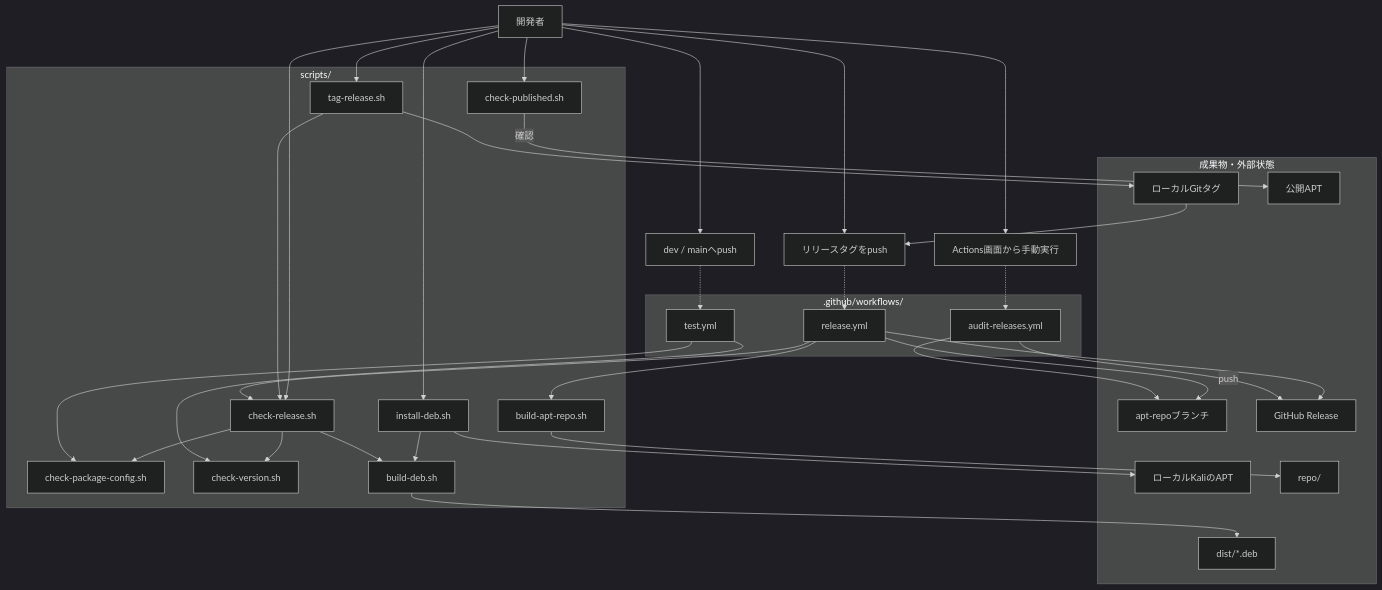
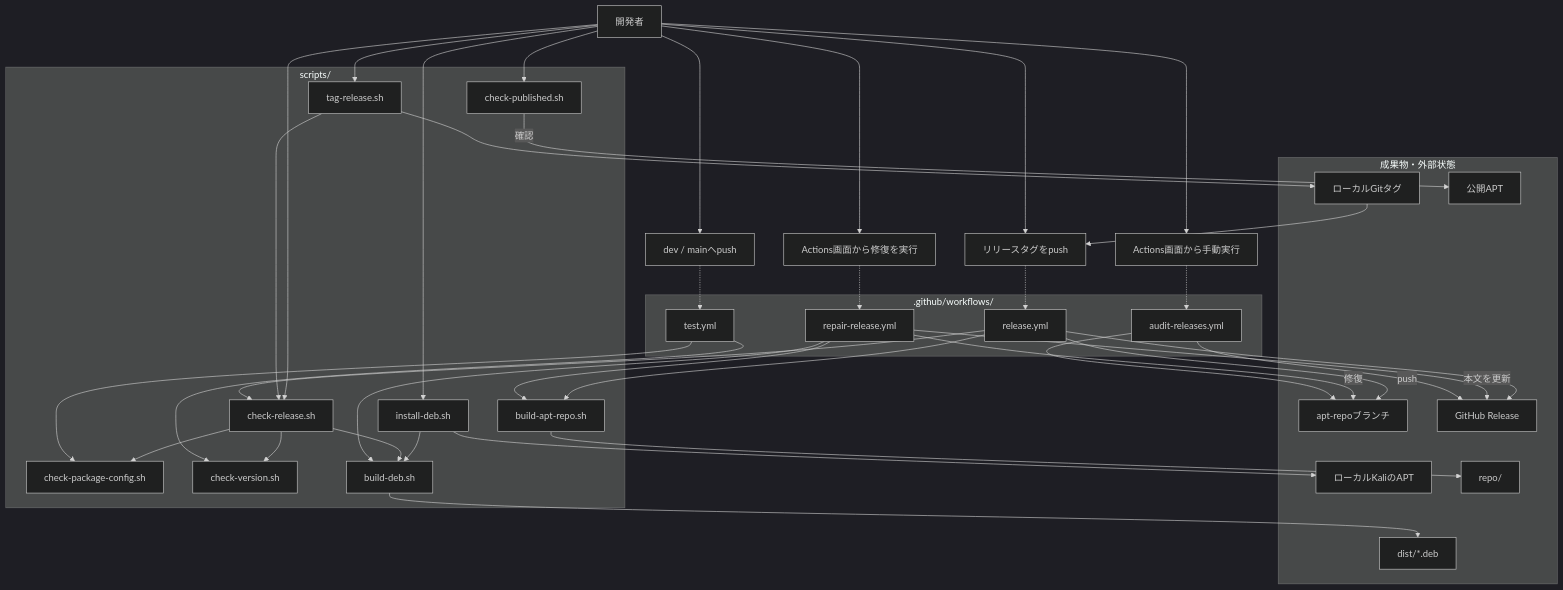
One commit to batako/kali-tools changed the diagram in docs/development.ja.md. Above: the diagram before and after it, drawn with Mermaid (dark theme). The commit also changed other lines of this file and 2 other files, not shown here.

````diff
--- a/docs/development.ja.md
+++ b/docs/development.ja.md
@@ -116,66 +116,74 @@
 ```mermaid
 flowchart TB
     developer["開発者"]
     branchPush["dev / mainへpush"]
     tagPush["リリースタグをpush"]
     manualAudit["Actions画面から手動実行"]
+    manualRepair["Actions画面から修復を実行"]
 
     subgraph scripts["scripts/"]
         install["install-deb.sh"]
         checkRelease["check-release.sh"]
         tagRelease["tag-release.sh"]
         checkConfig["check-package-config.sh"]
         checkVersion["check-version.sh"]
         buildDeb["build-deb.sh"]
         buildRepo["build-apt-repo.sh"]
         checkPublished["check-published.sh"]
     end
 
     subgraph workflows[".github/workflows/"]
         test["test.yml"]
         release["release.yml"]
+        repair["repair-release.yml"]
         audit["audit-releases.yml"]
     end
 
     subgraph outputs["成果物・外部状態"]
         localApt["ローカルKaliのAPT"]
         localTag["ローカルGitタグ"]
         dist["dist/*.deb"]
         repoDir["repo/"]
         aptRepo["apt-repoブランチ"]
         githubRelease["GitHub Release"]
         publicApt["公開APT"]
     end
 
     developer --> install
     developer --> checkRelease
     developer --> tagRelease
     developer --> checkPublished
     install --> buildDeb
     install --> localApt
     checkRelease --> checkConfig
     checkRelease --> checkVersion
     checkRelease --> buildDeb
     tagRelease --> checkRelease
     tagRelease --> localTag
     buildDeb --> dist
     checkPublished -->|確認| publicApt
 
     developer --> branchPush
     developer --> tagPush
     developer --> manualAudit
+    developer --> manualRepair
     localTag --> tagPush
     branchPush -.-> test
     tagPush -.-> release
     manualAudit -.-> audit
+    manualRepair -.-> repair
 
     test --> checkConfig
     test --> checkVersion
     release --> checkRelease
     release --> buildRepo
     buildRepo --> repoDir
     release -->|push| aptRepo
     release --> githubRelease
+    repair --> buildDeb
+    repair --> buildRepo
+    repair -->|修復| aptRepo
+    repair -->|本文を更新| githubRelease
     audit --> aptRepo
     audit --> githubRelease
 ```
````
